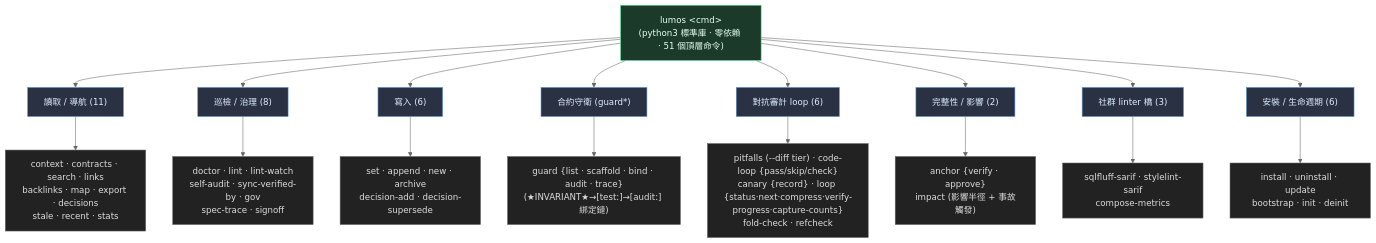
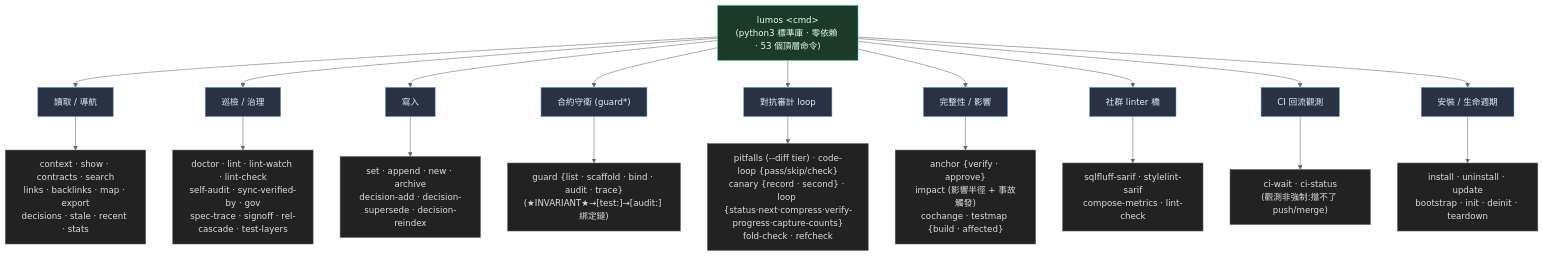
One commit to EnzoHsieh-Android/Lumos changed the third of 4 diagrams in ARCHITECTURE.md. Above: the diagram before and after it, drawn with Mermaid (neutral theme). The commit also changed other lines of this file and 21 other files, not shown here.

First line of the commit message:
fix(ci)+guard: 外審 round3 實錘全修——CI 假綠/紅燈無證據/ci-status 同型假綠+守衛的尺自己在漂

````diff
--- a/ARCHITECTURE.md
+++ b/ARCHITECTURE.md
@@ -99,29 +99,31 @@
 ```mermaid
 flowchart TB
-    ROOT["lumos &lt;cmd&gt;<br/>(python3 標準庫 · 零依賴 · 51 個頂層命令)"]
+    ROOT["lumos &lt;cmd&gt;<br/>(python3 標準庫 · 零依賴 · 53 個頂層命令)"]
 
-    ROOT --> READ["讀取 / 導航 (11)"]
-    ROOT --> HEALTH["巡檢 / 治理 (8)"]
-    ROOT --> WRITE["寫入 (6)"]
+    ROOT --> READ["讀取 / 導航"]
+    ROOT --> HEALTH["巡檢 / 治理"]
+    ROOT --> WRITE["寫入"]
     ROOT --> GUARD["合約守衛 (guard*)"]
-    ROOT --> LOOP["對抗審計 loop (6)"]
-    ROOT --> INTEG["完整性 / 影響 (2)"]
-    ROOT --> SARIF["社群 linter 橋 (3)"]
-    ROOT --> LIFE["安裝 / 生命週期 (6)"]
+    ROOT --> LOOP["對抗審計 loop"]
+    ROOT --> INTEG["完整性 / 影響"]
+    ROOT --> SARIF["社群 linter 橋"]
+    ROOT --> CI["CI 回流觀測"]
+    ROOT --> LIFE["安裝 / 生命週期"]
 
-    READ --> R["context · contracts · search · links<br/>backlinks · map · export · decisions<br/>stale · recent · stats"]
-    HEALTH --> H["doctor · lint · lint-watch<br/>self-audit · sync-verified-by · gov<br/>spec-trace · signoff"]
-    WRITE --> W["set · append · new · archive<br/>decision-add · decision-supersede"]
+    READ --> R["context · show · contracts · search<br/>links · backlinks · map · export<br/>decisions · stale · recent · stats"]
+    HEALTH --> H["doctor · lint · lint-watch · lint-check<br/>self-audit · sync-verified-by · gov<br/>spec-trace · signoff · rel-cascade · test-layers"]
+    CI --> C["ci-wait · ci-status<br/>(觀測非強制:擋不了 push/merge)"]
+    WRITE --> W["set · append · new · archive<br/>decision-add · decision-supersede · decision-reindex"]
     GUARD --> G["guard {list · scaffold · bind · audit · trace}<br/>(★INVARIANT★→[test:]→[audit:] 綁定鏈)"]
-    LOOP --> LP["pitfalls (--diff tier) · code-loop {pass/skip/check}<br/>canary {record} · loop {status·next·compress·verify-progress·capture-counts}<br/>fold-check · refcheck"]
-    INTEG --> I["anchor {verify · approve}<br/>impact (影響半徑 + 事故觸發)"]
-    SARIF --> ST["sqlfluff-sarif · stylelint-sarif<br/>compose-metrics"]
-    LIFE --> L["install · uninstall · update<br/>bootstrap · init · deinit"]
+    LOOP --> LP["pitfalls (--diff tier) · code-loop {pass/skip/check}<br/>canary {record · second} · loop {status·next·compress·verify-progress·capture-counts}<br/>fold-check · refcheck"]
+    INTEG --> I["anchor {verify · approve}<br/>impact (影響半徑 + 事故觸發)<br/>cochange · testmap {build · affected}"]
+    SARIF --> ST["sqlfluff-sarif · stylelint-sarif<br/>compose-metrics · lint-check"]
+    LIFE --> L["install · uninstall · update<br/>bootstrap · init · deinit · teardown"]
 
     classDef root fill:#1b3a2a,stroke:#3ddc84,color:#e8fff0
     classDef cat fill:#2a3142,stroke:#5a9bd6,color:#e0f0ff
     classDef leaf fill:#222,stroke:#666,color:#ddd
     class ROOT root
-    class READ,HEALTH,WRITE,GUARD,LOOP,INTEG,SARIF,LIFE cat
-    class R,H,W,G,LP,I,ST,L leaf
+    class READ,HEALTH,WRITE,GUARD,LOOP,INTEG,SARIF,CI,LIFE cat
+    class R,H,W,G,LP,I,ST,C,L leaf
 ```
````
